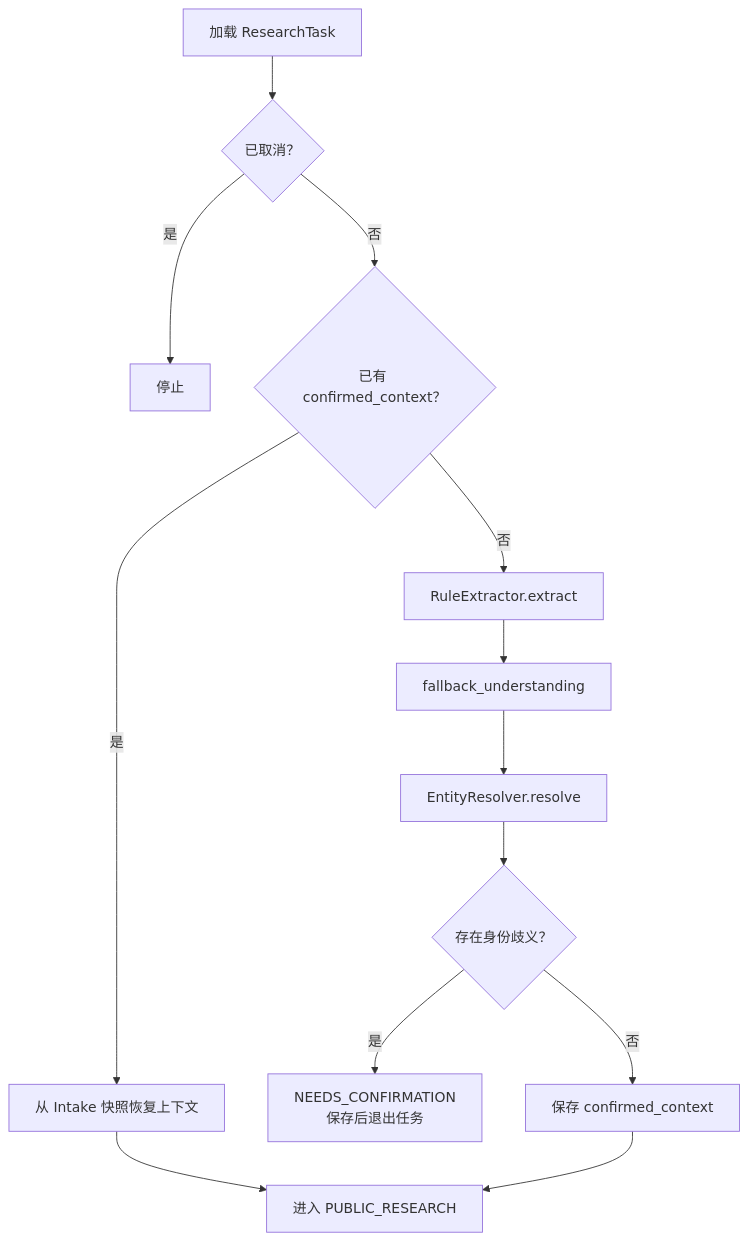
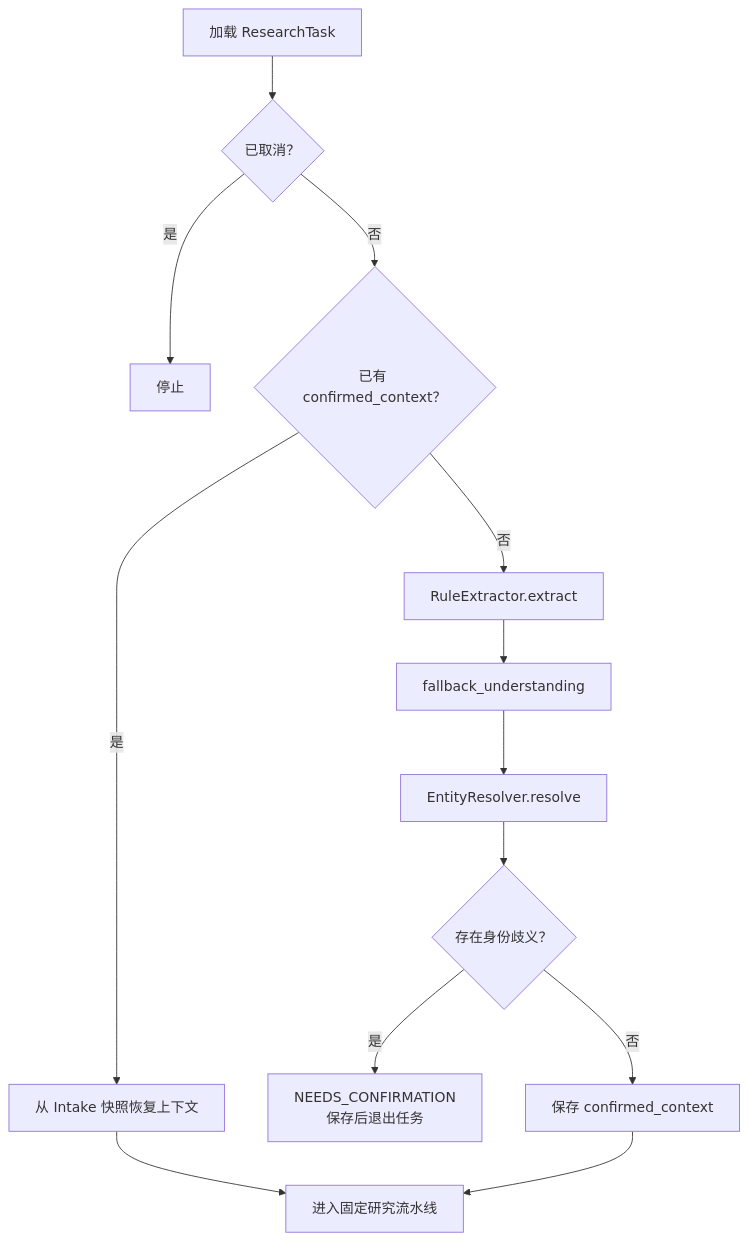
Before and after one commit to 41423577arc-lab/RA: the seventh of 15 diagrams in README.md, drawn with Mermaid. The commit also changed other lines of this file and 73 other files, not shown here.

````diff
--- a/README.md
+++ b/README.md
@@ -185,15 +184,15 @@
 ```mermaid
 flowchart TD
     Task["加载 ResearchTask"] --> Cancelled{"已取消？"}
     Cancelled -->|"是"| Stop["停止"]
     Cancelled -->|"否"| Context{"已有 confirmed_context？"}
     Context -->|"是"| Restore["从 Intake 快照恢复上下文"]
     Context -->|"否"| Extract["RuleExtractor.extract"]
     Extract --> Understand["fallback_understanding"]
     Understand --> Resolve["EntityResolver.resolve"]
     Resolve --> NeedConfirm{"存在身份歧义？"}
     NeedConfirm -->|"是"| Wait["NEEDS_CONFIRMATION<br/>保存后退出任务"]
     NeedConfirm -->|"否"| Persist["保存 confirmed_context"]
-    Restore --> Loop["进入 PUBLIC_RESEARCH"]
-    Persist --> Loop
+    Restore --> Research["进入固定研究流水线"]
+    Persist --> Research
 ```
````
